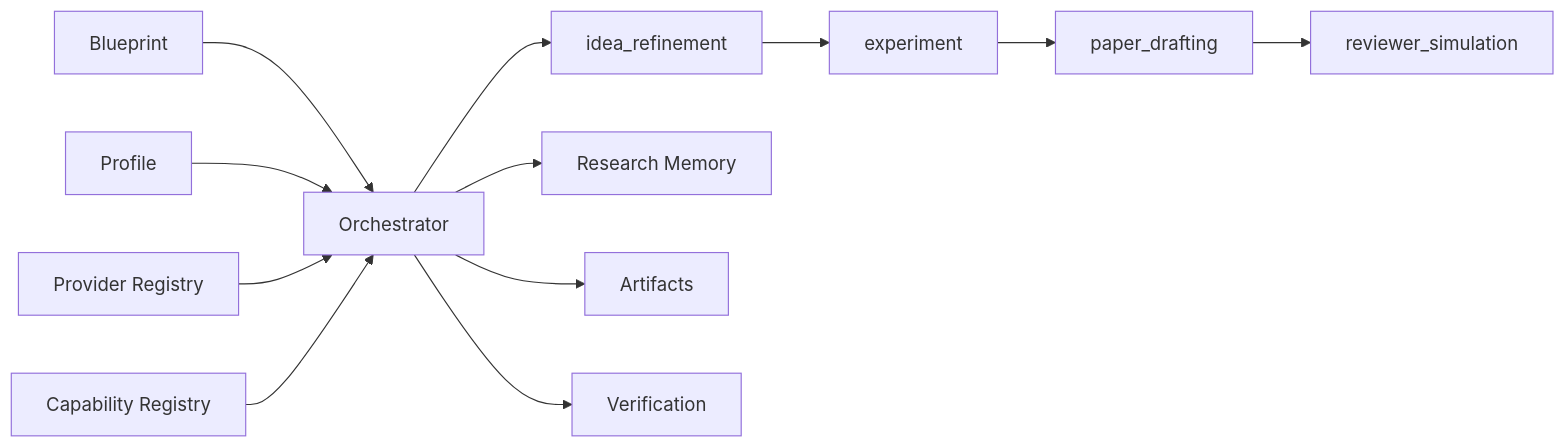
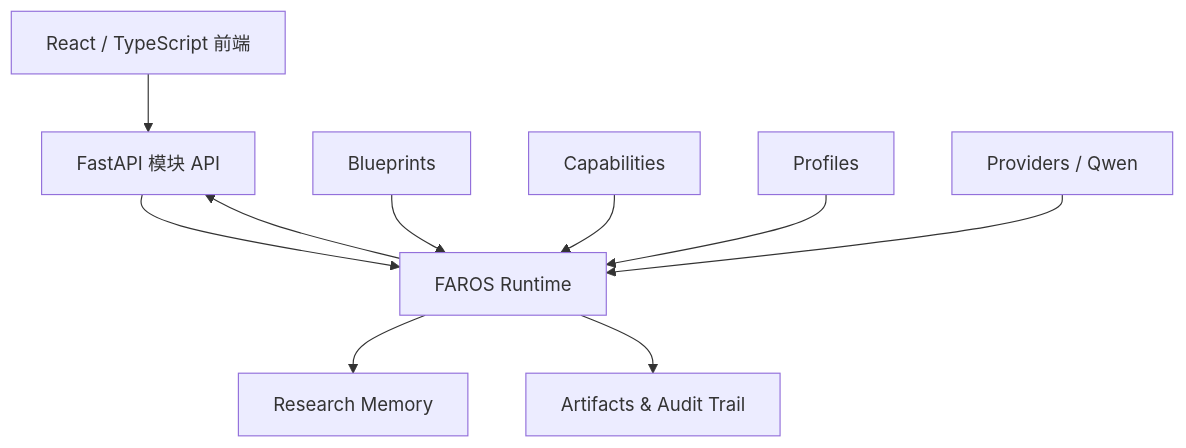
One commit to OpenNSWM-Lab/FAROS changed the second of 2 diagrams in README.md. Above: the diagram before and after it, drawn with Mermaid. The commit also changed other lines of this file and 104 other files, not shown here.

Commit message:
feat: deliver evidence-grounded FAROS research workflow

````diff
--- a/README.md
+++ b/README.md
@@ -180,14 +139,22 @@
 ```mermaid
-flowchart LR
-    B[Blueprint] --> O[Orchestrator]
-    P[Profile] --> O
-    R[Provider Registry] --> O
-    C[Capability Registry] --> O
-    O --> I[idea_refinement]
-    I --> E[experiment]
-    E --> W[paper_drafting]
-    W --> V[reviewer_simulation]
-    O --> M[Research Memory]
-    O --> A[Artifacts]
-    O --> Q[Verification]
+flowchart TB
+    UI[React / TypeScript 前端]
+    API[FastAPI 模块 API]
+    RT[FAROS Runtime]
+    BP[Blueprints]
+    CP[Capabilities]
+    PF[Profiles]
+    PR[Providers / Qwen]
+    MEM[Research Memory]
+    ART[Artifacts & Audit Trail]
+
+    UI --> API
+    API --> RT
+    BP --> RT
+    CP --> RT
+    PF --> RT
+    PR --> RT
+    RT --> MEM
+    RT --> ART
+    RT --> API
 ```
````
